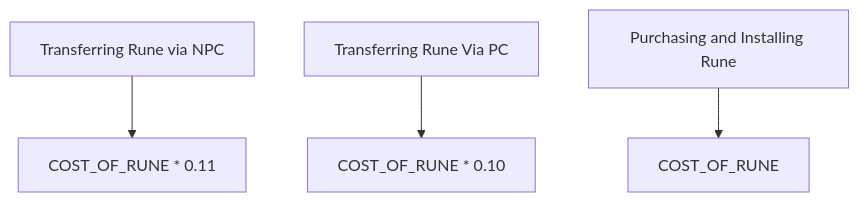
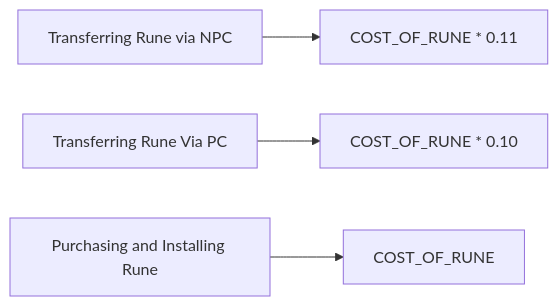
The diagram in PF2E/Strength of Thousands/Flow Charts/Rune Guide.md (speck0413/notes), drawn with Mermaid before and after one commit.

Commit message:
July 7, 2022 5:23 PM

````diff
--- a/PF2E/Strength of Thousands/Flow Charts/Rune Guide.md
+++ b/PF2E/Strength of Thousands/Flow Charts/Rune Guide.md
@@ -1,18 +1,18 @@
 ```mermaid
 
-graph TB
+flowchart LR
 
 NPC[Transferring Rune via NPC]
 NPC_COST[COST_OF_RUNE * 0.11]
 
 PC[Transferring Rune Via PC]
 PC_COST[COST_OF_RUNE * 0.10]
 
 RUNE[Purchasing and Installing Rune]
 RUNE_COST[COST_OF_RUNE]
 
 NPC-->NPC_COST
 PC-->PC_COST
 RUNE-->RUNE_COST
 
 ```
````
